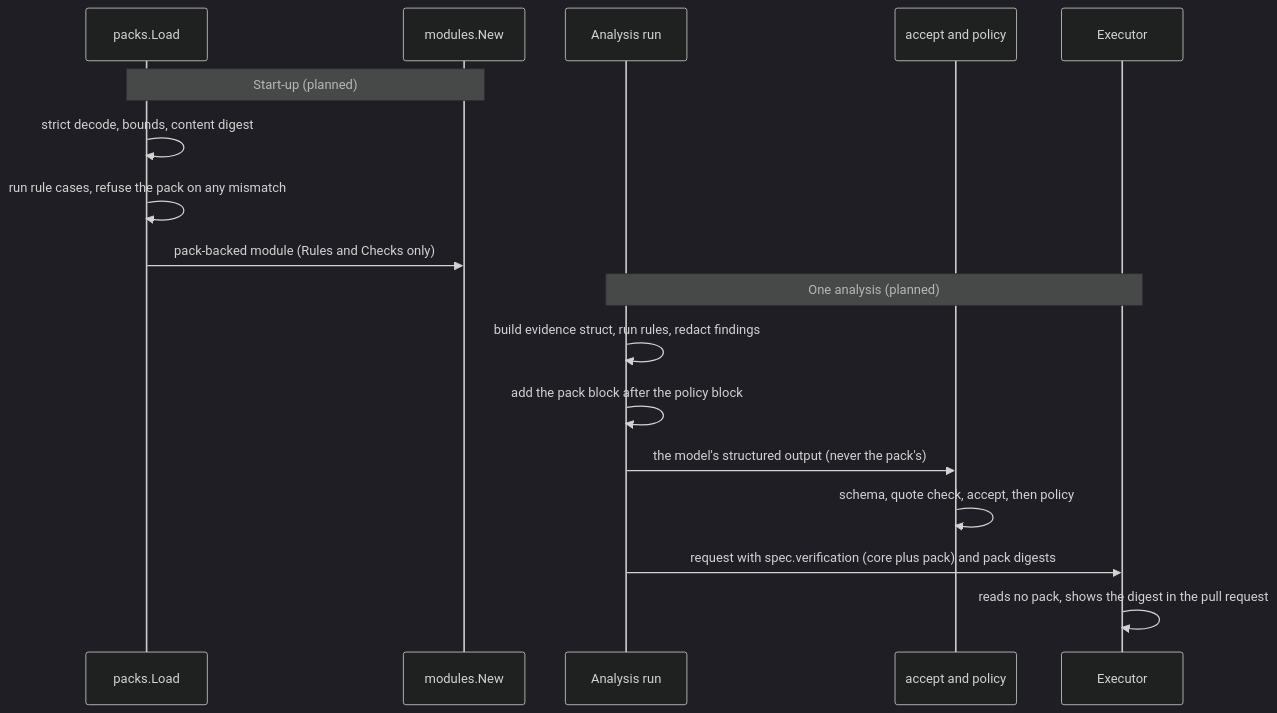
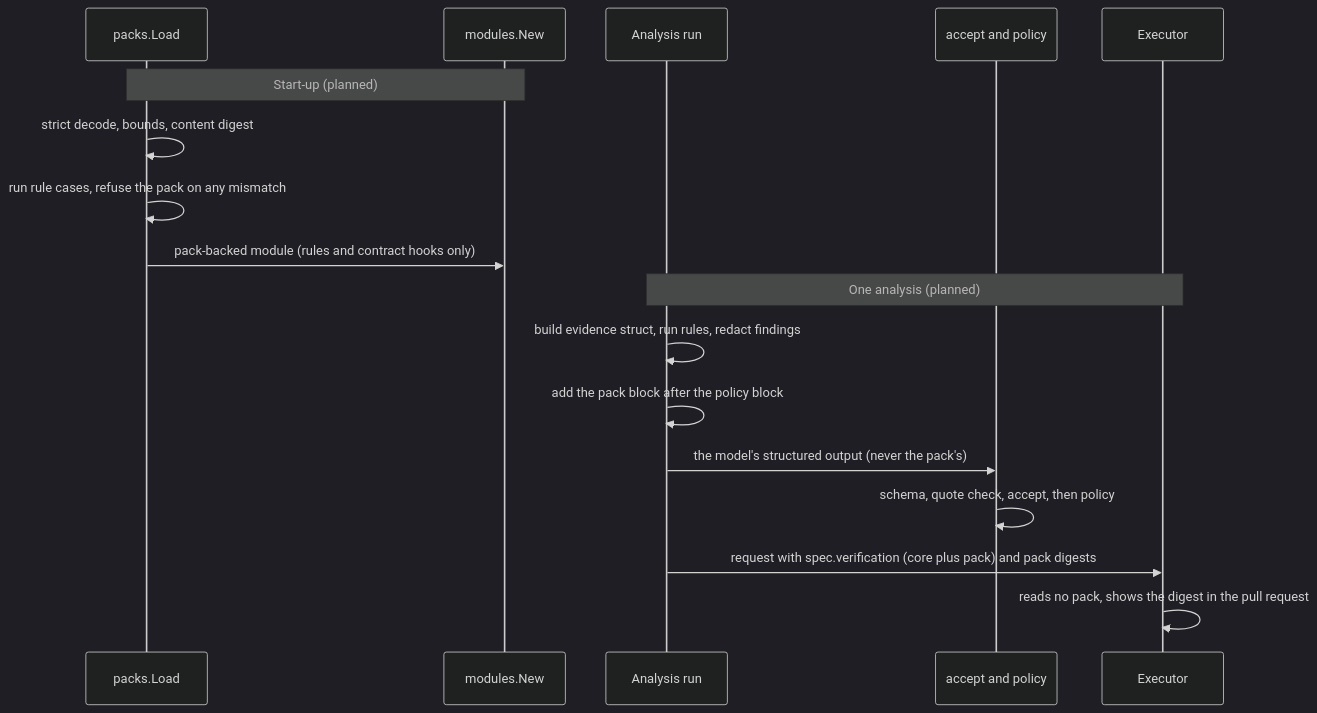
The diagram in docs/adr/0034-declarative-pack-format.md (pkalin/shadewright), drawn with Mermaid (dark theme) before and after one commit. The commit also changed other lines of this file, not shown here.

First line of the commit message:
docs(adr): fix pack adapter hooks and verification timeout in ADR-0034

````diff
--- a/docs/adr/0034-declarative-pack-format.md
+++ b/docs/adr/0034-declarative-pack-format.md
@@ -96,19 +104,19 @@
 ```mermaid
 sequenceDiagram
     participant R as packs.Load
     participant M as modules.New
     participant A as Analysis run
     participant V as accept and policy
     participant E as Executor
     Note over R,M: Start-up (planned)
     R->>R: strict decode, bounds, content digest
     R->>R: run rule cases, refuse the pack on any mismatch
-    R->>M: pack-backed module (Rules and Checks only)
+    R->>M: pack-backed module (rules and contract hooks only)
     Note over A,E: One analysis (planned)
     A->>A: build evidence struct, run rules, redact findings
     A->>A: add the pack block after the policy block
     A->>V: the model's structured output (never the pack's)
     V->>V: schema, quote check, accept, then policy
     A->>E: request with spec.verification (core plus pack) and pack digests
     E->>E: reads no pack, shows the digest in the pull request
 ```
````
